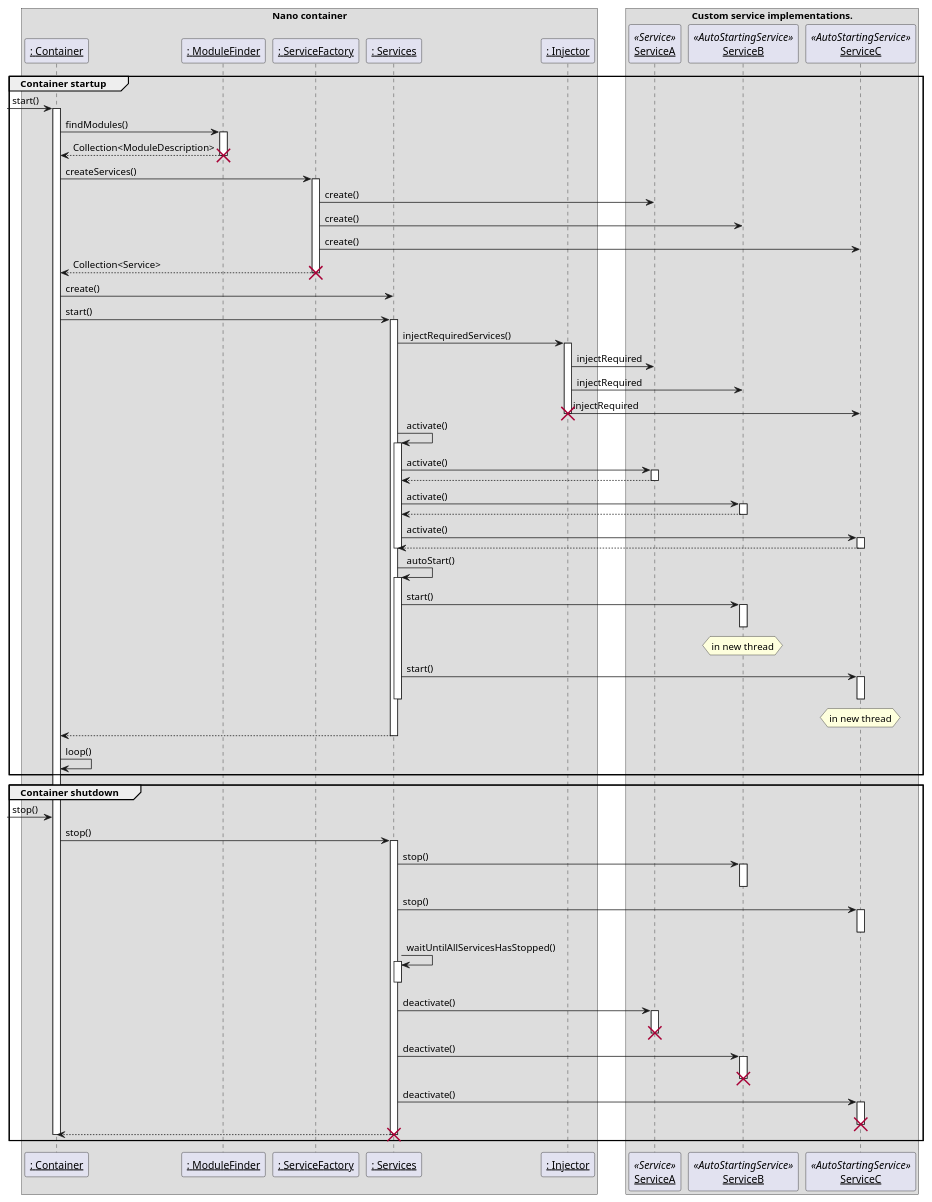
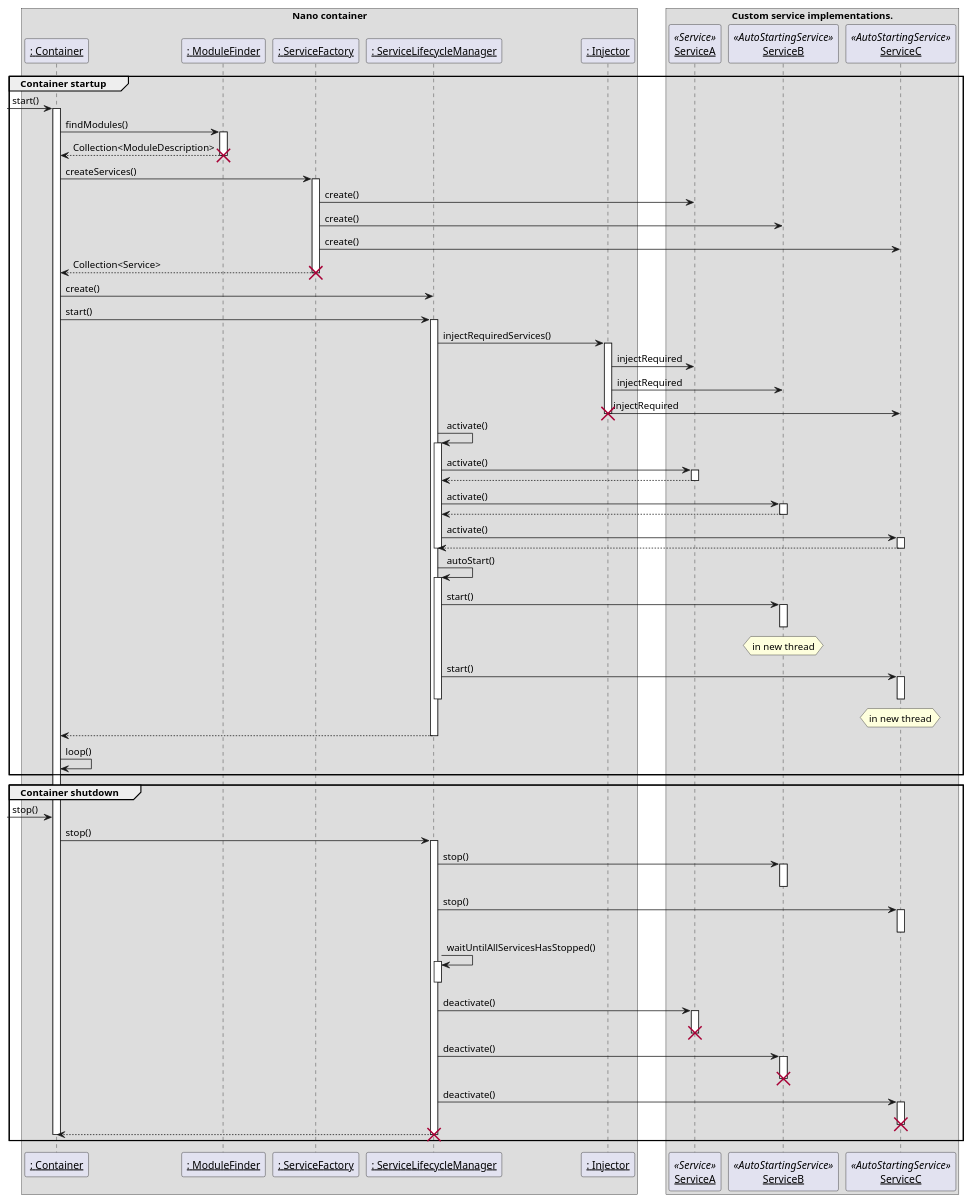
Before and after one commit to Weltraumschaf/nano: the diagram in images/container_sequence.puml, drawn with PlantUML. The commit also changed 6 other files, not shown here.

```diff
--- a/images/container_sequence.puml
+++ b/images/container_sequence.puml
@@ -1,130 +1,130 @@
 @startuml Container Lifecycle Sequence
 skinparam componentStyle uml2
 skinparam sequenceParticipant underline
 
 box "Nano container"
 participant ": Container" as Container
 participant ": ModuleFinder" as ModuleFinder
 participant ": ServiceFactory" as ServiceFactory
-participant ": Services" as Services
+participant ": ServiceLifecycleManager" as ServiceLifecycleManager
 participant ": Injector" as Injector
 end box
 
 box "Custom service implementations."
 participant ServiceA << Service >>
 participant ServiceB << AutoStartingService >>
 participant ServiceC << AutoStartingService >>
 end box
 
 group Container startup
     [-> Container: start()
     activate Container
 
     Container -> ModuleFinder: findModules()
     activate ModuleFinder
     Container <-- ModuleFinder: Collection<ModuleDescription>
     deactivate ModuleFinder
     destroy ModuleFinder
 
     Container -> ServiceFactory: createServices()
     activate ServiceFactory
 
     ServiceFactory -> ServiceA: create()
     ServiceFactory -> ServiceB: create()
     ServiceFactory -> ServiceC: create()
     Container <-- ServiceFactory: Collection<Service>
     deactivate ServiceFactory
     destroy ServiceFactory
 
-    Container -> Services: create()
-    Container -> Services: start()
-    activate Services
+    Container -> ServiceLifecycleManager: create()
+    Container -> ServiceLifecycleManager: start()
+    activate ServiceLifecycleManager
 
-    Services -> Injector: injectRequiredServices()
+    ServiceLifecycleManager -> Injector: injectRequiredServices()
     activate Injector
     Injector -> ServiceA: injectRequired
     Injector -> ServiceB: injectRequired
     Injector -> ServiceC: injectRequired
     deactivate Injector
     destroy Injector
 
-    Services -> Services: activate()
-    activate Services
+    ServiceLifecycleManager -> ServiceLifecycleManager: activate()
+    activate ServiceLifecycleManager
 
-    Services -> ServiceA: activate()
+    ServiceLifecycleManager -> ServiceA: activate()
     activate ServiceA
-    ServiceA --> Services
+    ServiceA --> ServiceLifecycleManager
     deactivate ServiceA
 
-    Services -> ServiceB: activate()
+    ServiceLifecycleManager -> ServiceB: activate()
     activate ServiceB
-    ServiceB --> Services
+    ServiceB --> ServiceLifecycleManager
     deactivate ServiceB
 
-    Services -> ServiceC: activate()
+    ServiceLifecycleManager -> ServiceC: activate()
     activate ServiceC
-    ServiceC --> Services
+    ServiceC --> ServiceLifecycleManager
     deactivate ServiceC
 
-    deactivate Services
+    deactivate ServiceLifecycleManager
 
-    Services -> Services: autoStart()
-    activate Services
+    ServiceLifecycleManager -> ServiceLifecycleManager: autoStart()
+    activate ServiceLifecycleManager
 
-    Services -> ServiceB: start()
+    ServiceLifecycleManager -> ServiceB: start()
     activate ServiceB
     deactivate ServiceB
     hnote over ServiceB: in new thread
 
-    Services -> ServiceC: start()
+    ServiceLifecycleManager -> ServiceC: start()
     activate ServiceC
     deactivate ServiceC
     hnote over ServiceC: in new thread
 
-    deactivate Services
+    deactivate ServiceLifecycleManager
 
-    Services --> Container
-    deactivate Services
+    ServiceLifecycleManager --> Container
+    deactivate ServiceLifecycleManager
 
     Container -> Container: loop()
 end
 
 group Container shutdown
     [-> Container: stop()
-    Container -> Services: stop()
-    activate Services
-    Services -> ServiceB: stop()
+    Container -> ServiceLifecycleManager: stop()
+    activate ServiceLifecycleManager
+    ServiceLifecycleManager -> ServiceB: stop()
     activate ServiceB
     deactivate ServiceB
-    Services -> ServiceC: stop()
+    ServiceLifecycleManager -> ServiceC: stop()
     activate ServiceC
     deactivate ServiceC
 
-    Services -> Services: waitUntilAllServicesHasStopped()
-    activate Services
-    deactivate Services
+    ServiceLifecycleManager -> ServiceLifecycleManager: waitUntilAllServicesHasStopped()
+    activate ServiceLifecycleManager
+    deactivate ServiceLifecycleManager
 
-    Services -> ServiceA: deactivate()
+    ServiceLifecycleManager -> ServiceA: deactivate()
     activate ServiceA
     deactivate ServiceA
     destroy ServiceA
 
-    Services -> ServiceB: deactivate()
+    ServiceLifecycleManager -> ServiceB: deactivate()
     activate ServiceB
     deactivate ServiceB
     destroy ServiceB
 
-    Services -> ServiceC: deactivate()
+    ServiceLifecycleManager -> ServiceC: deactivate()
     activate ServiceC
     deactivate ServiceC
     destroy ServiceC
 
-    Services --> Container
-    deactivate Services
-    destroy Services
+    ServiceLifecycleManager --> Container
+    deactivate ServiceLifecycleManager
+    destroy ServiceLifecycleManager
 
 
     deactivate Container
 end
 
 @enduml
```
